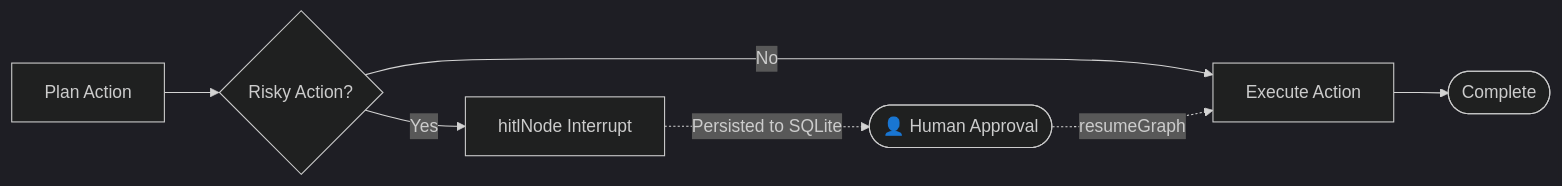
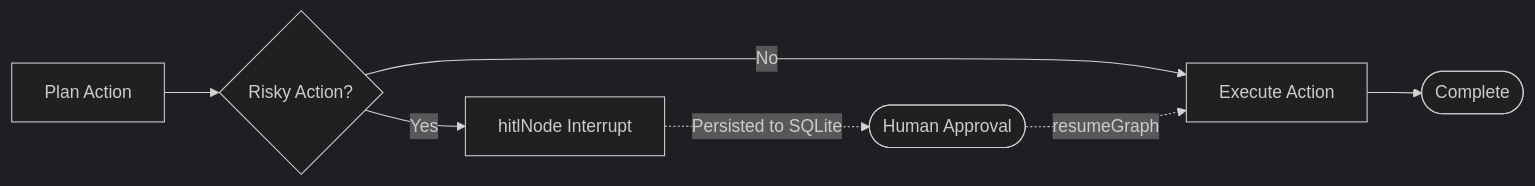
Before and after one commit to tusharad/langchain-hs: the diagram in site/guides/human-in-the-loop.md, drawn with Mermaid (dark theme). The commit also changed 94 other files, not shown here.

````diff
--- a/site/guides/human-in-the-loop.md
+++ b/site/guides/human-in-the-loop.md
@@ -11,10 +11,10 @@
 ```mermaid
 flowchart LR
     Plan[Plan Action] --> RiskCheck{Risky Action?}
     RiskCheck -->|Yes| Interrupt[hitlNode Interrupt]
     RiskCheck -->|No| Exec[Execute Action]
     
-    Interrupt -.->|Persisted to SQLite| HumanReview([👤 Human Approval])
+    Interrupt -.->|Persisted to SQLite| HumanReview([Human Approval])
     HumanReview -.->|resumeGraph| Exec
     Exec --> Done([Complete])
 ```
````
